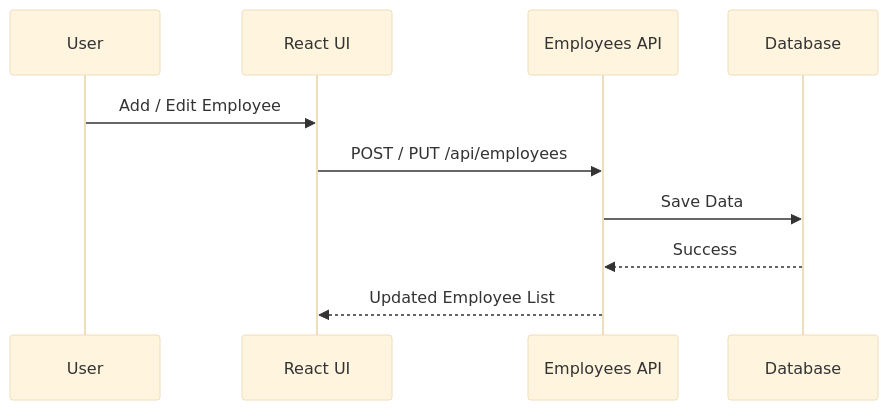
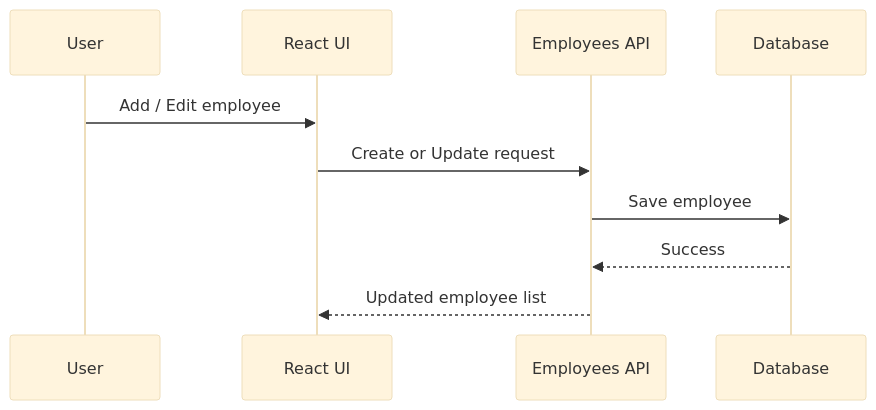
One commit to regvedpande/EmployeeManager changed the third of 4 diagrams in README.md. Above: the diagram before and after it, drawn with Mermaid (base theme). The commit also changed other lines of this file and 4 other files, not shown here.

````diff
--- a/README.md
+++ b/README.md
@@ -75,13 +108,13 @@
 ```mermaid
 sequenceDiagram
     participant U as User
     participant F as React UI
     participant B as Employees API
     participant D as Database
 
-    U->>F: Add / Edit Employee
-    F->>B: POST / PUT /api/employees
-    B->>D: Save Data
+    U->>F: Add / Edit employee
+    F->>B: Create or Update request
+    B->>D: Save employee
     D-->>B: Success
-    B-->>F: Updated Employee List
+    B-->>F: Updated employee list
 ```
````
